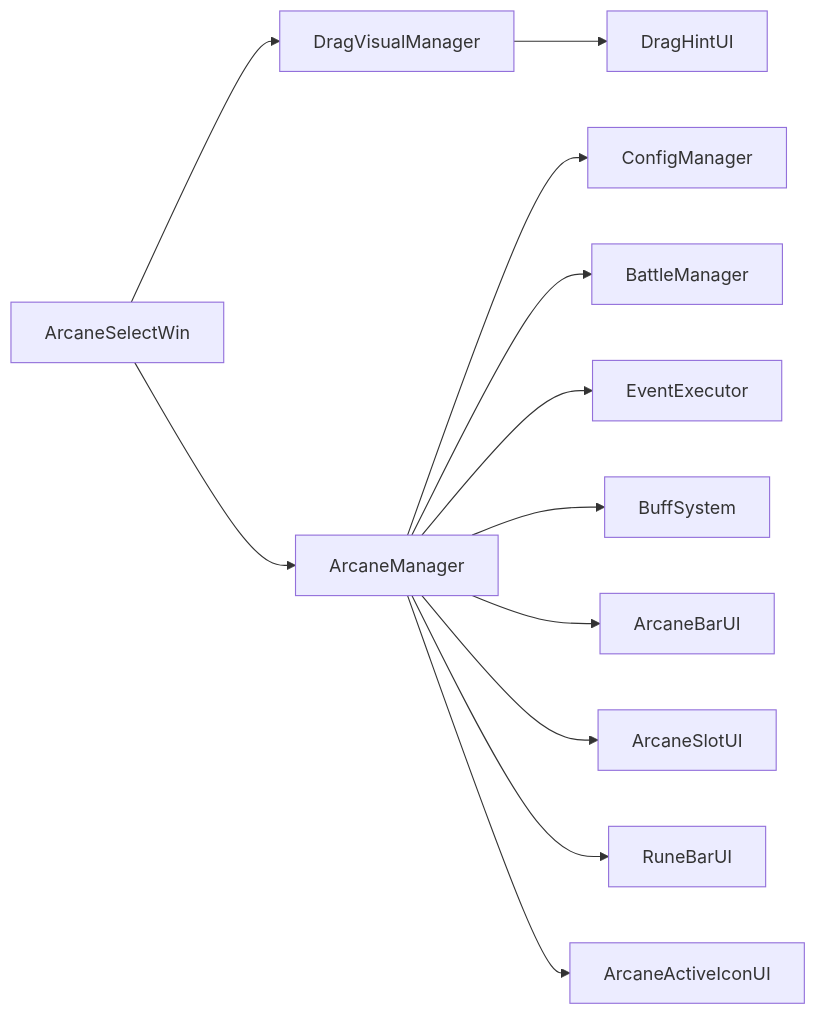
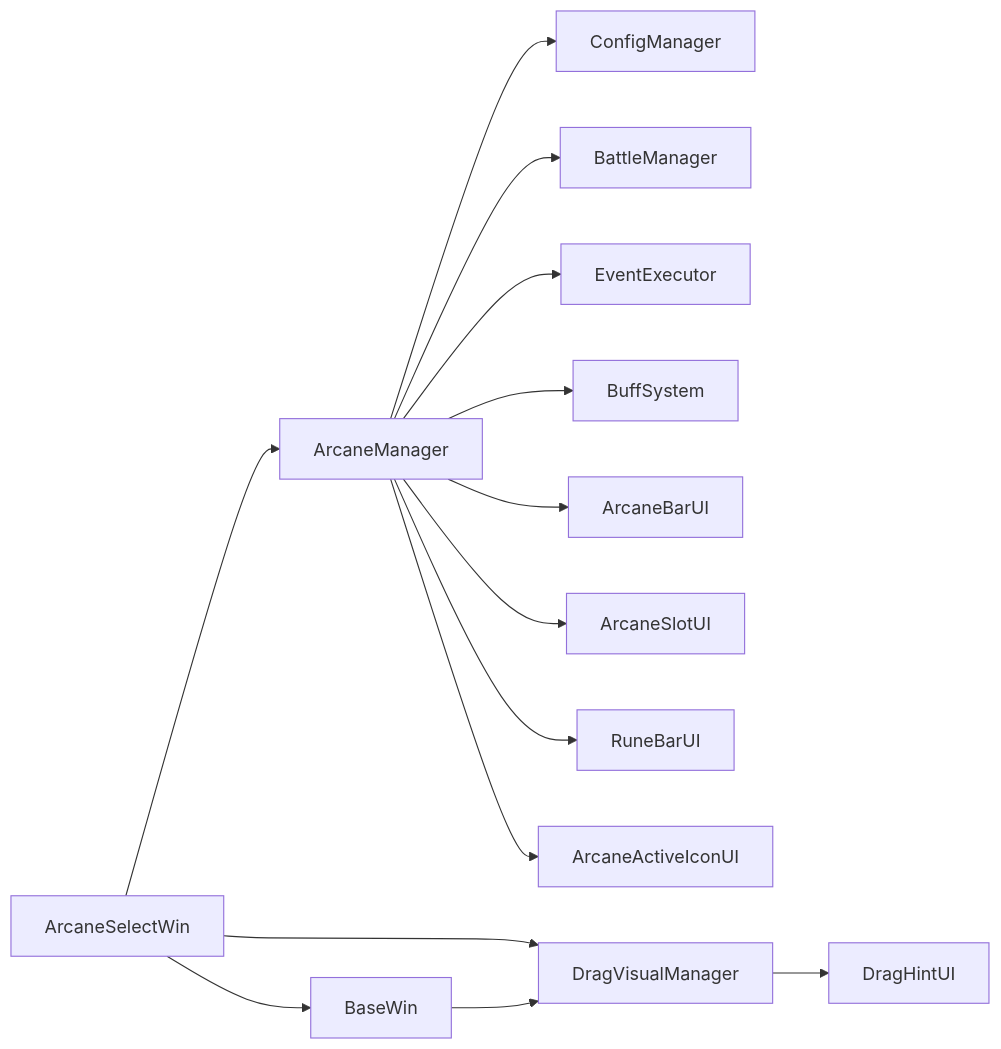
The eighth of 8 diagrams in .qoder/repowiki/zh/content/奥术系统/奥术系统.md (Tuusen/p1_client), drawn with Mermaid before and after one commit. The commit also changed other lines of this file and 6 other files, not shown here.

````diff
--- a/.qoder/repowiki/zh/content/奥术系统/奥术系统.md
+++ b/.qoder/repowiki/zh/content/奥术系统/奥术系统.md
@@ -455,14 +494,16 @@
 ```mermaid
 graph LR
 AM["ArcaneManager"] --> CM["ConfigManager"]
 AM --> BM["BattleManager"]
 AM --> EE["EventExecutor"]
 AM --> BS["BuffSystem"]
 AM --> AB["ArcaneBarUI"]
 AM --> AS["ArcaneSlotUI"]
 AM --> RB["RuneBarUI"]
 AM --> AI["ArcaneActiveIconUI"]
-ASEL["ArcaneSelectWin"] --> DV["DragVisualManager"]
+ASEL["ArcaneSelectWin"] --> BASEWIN["BaseWin"]
+ASEL --> DV["DragVisualManager"]
+BASEWIN --> DV
 DV --> DH["DragHintUI"]
 ASEL --> AM
 ```
````
